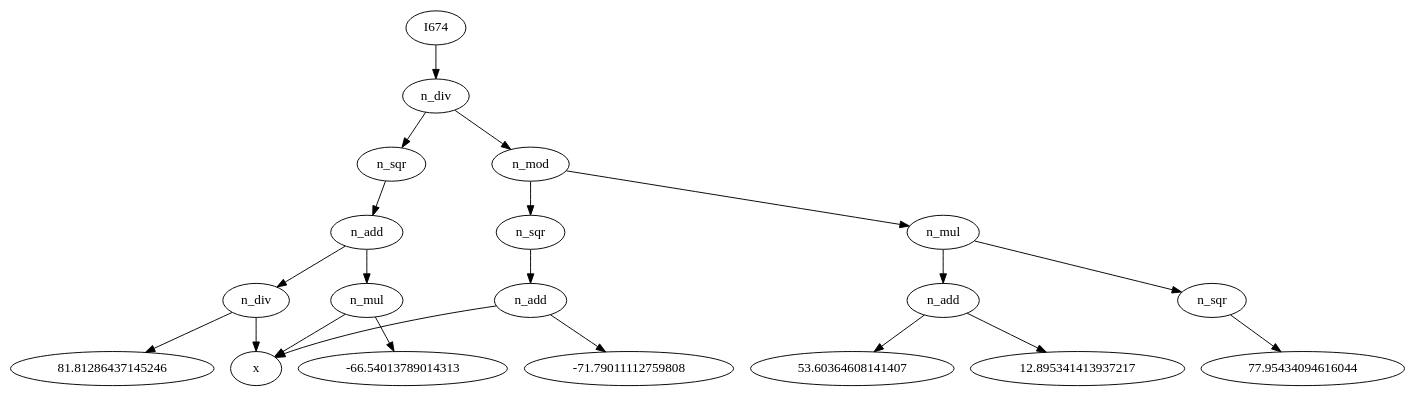
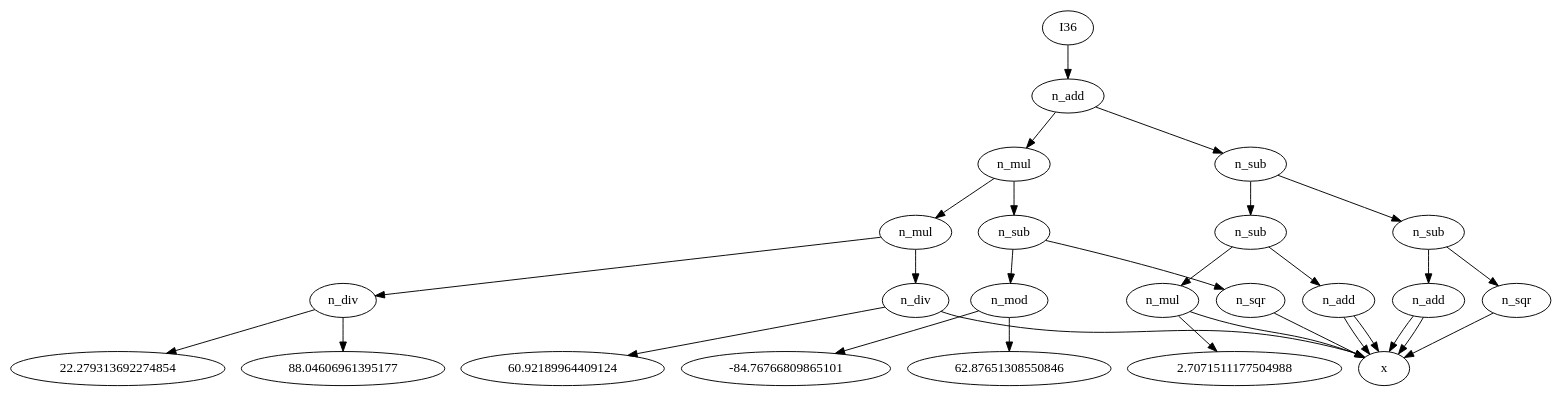
Before and after one commit to munifgebara/josilTs: the diagram in report/best.dot, drawn with Graphviz. The commit also changed 33 other files, not shown here.

```diff
--- a/report/best.dot
+++ b/report/best.dot
@@ -1,43 +1,61 @@
- digraph G12748 {
-N12748 [label="I674"];
-N12748 -> N12749;
-N12749 [label="n_div"];
-N12749 -> N12750;
-N12750 [label="n_sqr"];
-N12750 -> N12751;
-N12751 [label="n_add"];
-N12751 -> N12752;
-N12752 [label="n_mul"];
-N12752 -> N12753;
-N12753 [label="-66.54013789014313"];
-N12752 -> N2;
+ digraph G397 {
+N397 [label="I36"];
+N397 -> N398;
+N398 [label="n_add"];
+N398 -> N399;
+N399 [label="n_mul"];
+N399 -> N400;
+N400 [label="n_mul"];
+N400 -> N401;
+N401 [label="n_div"];
+N401 -> N402;
+N402 [label="88.04606961395177"];
+N401 -> N403;
+N403 [label="22.279313692274854"];
+N400 -> N404;
+N404 [label="n_div"];
+N404 -> N2;
 N2 [label="x"];
-N12751 -> N12754;
-N12754 [label="n_div"];
-N12754 -> N12755;
-N12755 [label="81.81286437145246"];
-N12754 -> N2;
+N404 -> N405;
+N405 [label="60.92189964409124"];
+N399 -> N406;
+N406 [label="n_sub"];
+N406 -> N407;
+N407 [label="n_sqr"];
+N407 -> N2;
 N2 [label="x"];
-N12749 -> N12756;
-N12756 [label="n_mod"];
-N12756 -> N12757;
-N12757 [label="n_sqr"];
-N12757 -> N12758;
-N12758 [label="n_add"];
-N12758 -> N2;
+N406 -> N408;
+N408 [label="n_mod"];
+N408 -> N409;
+N409 [label="62.87651308550846"];
+N408 -> N410;
+N410 [label="-84.76766809865101"];
+N398 -> N411;
+N411 [label="n_sub"];
+N411 -> N412;
+N412 [label="n_sub"];
+N412 -> N413;
+N413 [label="n_add"];
+N413 -> N2;
 N2 [label="x"];
-N12758 -> N12759;
-N12759 [label="-71.79011112759808"];
-N12756 -> N12760;
-N12760 [label="n_mul"];
-N12760 -> N12761;
-N12761 [label="n_add"];
-N12761 -> N12762;
-N12762 [label="53.60364608141407"];
-N12761 -> N12763;
-N12763 [label="12.895341413937217"];
-N12760 -> N12764;
-N12764 [label="n_sqr"];
-N12764 -> N12765;
-N12765 [label="77.95434094616044"];
+N413 -> N2;
+N2 [label="x"];
+N412 -> N414;
+N414 [label="n_mul"];
+N414 -> N2;
+N2 [label="x"];
+N414 -> N415;
+N415 [label="2.7071511177504988"];
+N411 -> N416;
+N416 [label="n_sub"];
+N416 -> N417;
+N417 [label="n_add"];
+N417 -> N2;
+N2 [label="x"];
+N417 -> N2;
+N2 [label="x"];
+N416 -> N418;
+N418 [label="n_sqr"];
+N418 -> N2;
+N2 [label="x"];
 }
```
